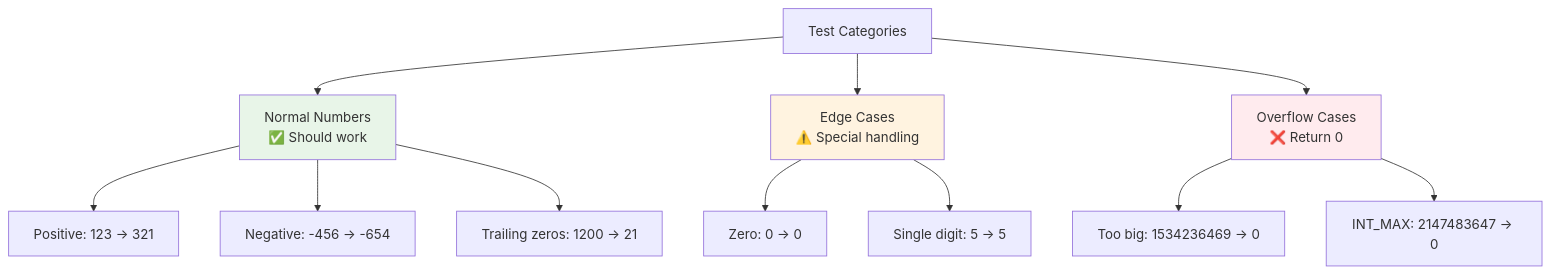
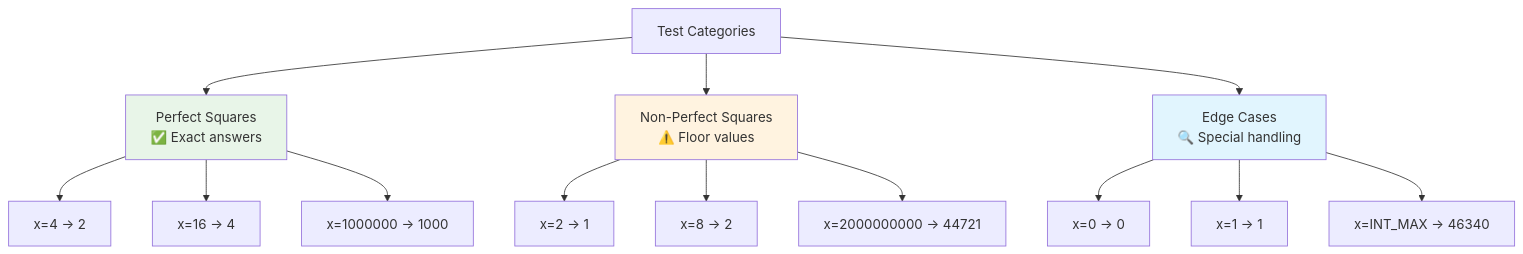
One commit to LuckyLongre123/README_RUNNER changed the tenth of 14 diagrams in README.md. Above: the diagram before and after it, drawn with Mermaid. The commit also changed other lines of this file, not shown here.

````diff
--- a/README.md
+++ b/README.md
@@ -252,20 +295,22 @@
 ```mermaid
-graph TD
-    A[Test Categories] --> B[Normal Numbers<br/>✅ Should work]
-    A --> C[Edge Cases<br/>⚠️ Special handling]
-    A --> D[Overflow Cases<br/>❌ Return 0]
+flowchart TD
+    A[Test Categories] --> B[Perfect Squares<br/>✅ Exact answers]
+    A --> C[Non-Perfect Squares<br/>⚠️ Floor values]
+    A --> D[Edge Cases<br/>🔍 Special handling]
     
-    B --> B1[Positive: 123 → 321]
-    B --> B2[Negative: -456 → -654]
-    B --> B3[Trailing zeros: 1200 → 21]
+    B --> B1[x=4 → 2]
+    B --> B2[x=16 → 4]
+    B --> B3[x=1000000 → 1000]
     
-    C --> C1[Zero: 0 → 0]
-    C --> C2[Single digit: 5 → 5]
+    C --> C1[x=2 → 1]
+    C --> C2[x=8 → 2]
+    C --> C3[x=2000000000 → 44721]
     
-    D --> D1[Too big: 1534236469 → 0]
-    D --> D2[INT_MAX: 2147483647 → 0]
+    D --> D1[x=0 → 0]
+    D --> D2[x=1 → 1]
+    D --> D3[x=INT_MAX → 46340]
     
     style B fill:#e8f5e8
     style C fill:#fff3e0
-    style D fill:#ffebee
+    style D fill:#e1f5fe
 ```
````
